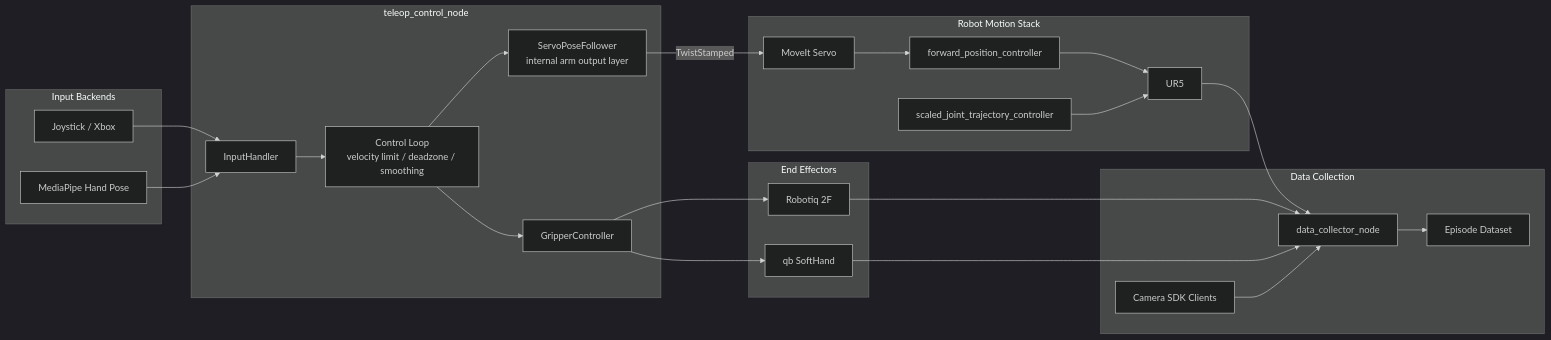
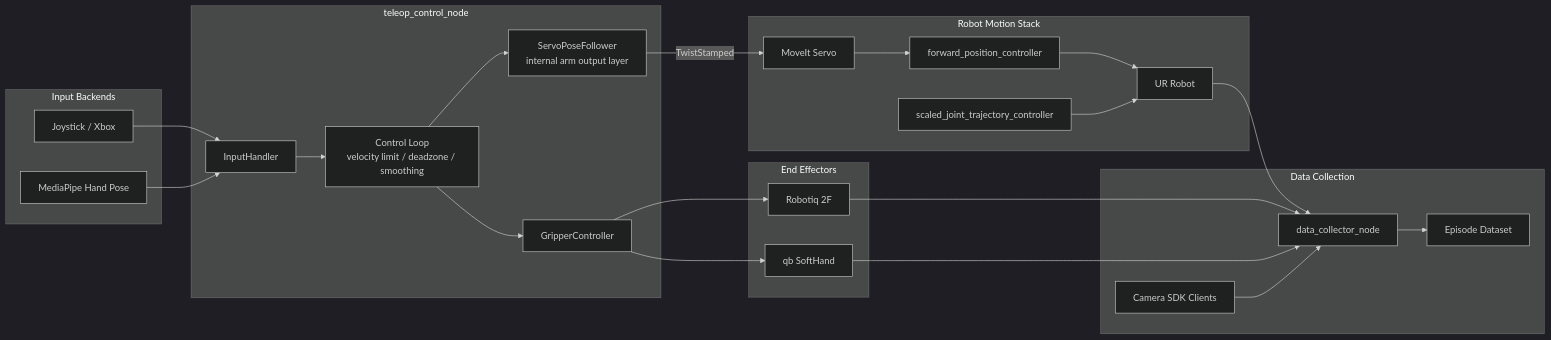
The diagram in README.md (niconekomimi/teleop-ur5), drawn with Mermaid (dark theme) before and after one commit. The commit also changed other lines of this file and 27 other files, not shown here.

````diff
--- a/README.md
+++ b/README.md
@@ -36,47 +37,47 @@
 ```mermaid
 flowchart LR
     subgraph Inputs[Input Backends]
         Joy[Joystick / Xbox]
         MP[MediaPipe Hand Pose]
     end
 
     subgraph Teleop[teleop_control_node]
         IH[InputHandler]
         Core[Control Loop\nvelocity limit / deadzone / smoothing]
         GC[GripperController]
         Arm[ServoPoseFollower\ninternal arm output layer]
     end
 
     subgraph Motion[Robot Motion Stack]
         Servo[MoveIt Servo]
         FC[forward_position_controller]
         TC[scaled_joint_trajectory_controller]
-        UR[UR5]
+        UR[UR Robot]
     end
 
     subgraph EE[End Effectors]
         RQ[Robotiq 2F]
         QB[qb SoftHand]
     end
 
     subgraph Data[Data Collection]
         Cam[Camera SDK Clients]
         Rec[data_collector_node]
         Dataset[Episode Dataset]
     end
 
     Joy --> IH
     MP --> IH
     IH --> Core
     Core --> Arm
     Core --> GC
     Arm -->|TwistStamped| Servo
     Servo --> FC --> UR
     TC --> UR
     GC --> RQ
     GC --> QB
     UR --> Rec
     RQ --> Rec
     QB --> Rec
     Cam --> Rec --> Dataset
 ```
````
